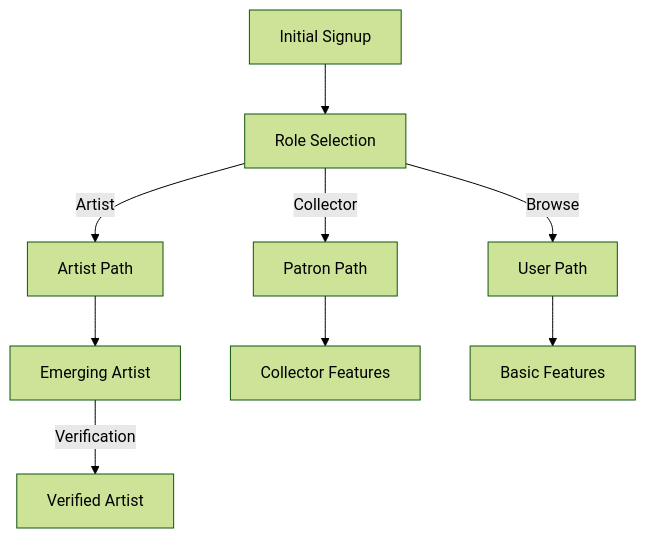
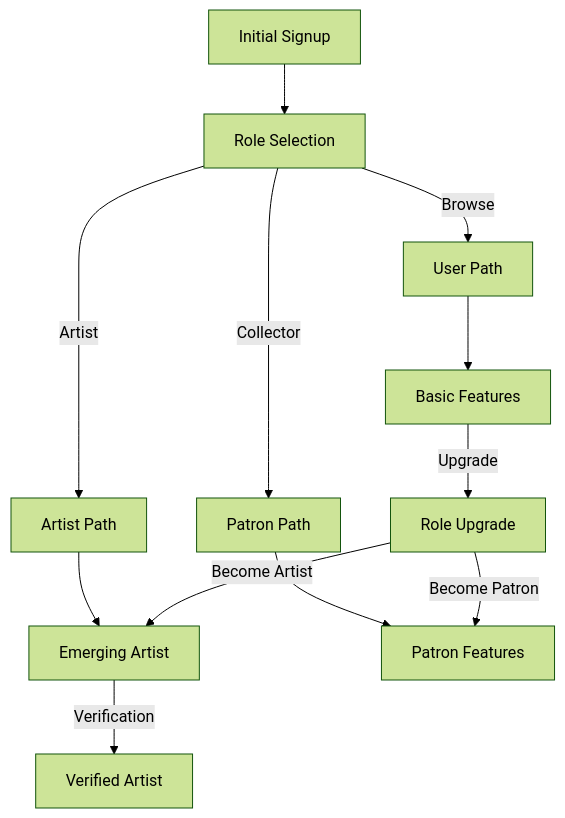
Before and after one commit to TreefortreesofDOOM/MMweb: the diagram in mm-app/docs/implementation/role-system.md, drawn with Mermaid (forest theme). The commit also changed other lines of this file and 40 other files, not shown here.

````diff
--- a/mm-app/docs/implementation/role-system.md
+++ b/mm-app/docs/implementation/role-system.md
@@ -75,11 +225,14 @@
 ```mermaid
 graph TD
     A[Initial Signup] --> B[Role Selection]
     B -->|Artist| C[Artist Path]
     B -->|Collector| D[Patron Path]
     B -->|Browse| E[User Path]
     C --> F[Emerging Artist]
     F -->|Verification| G[Verified Artist]
-    D --> H[Collector Features]
+    D --> H[Patron Features]
     E --> I[Basic Features]
+    I -->|Upgrade| J[Role Upgrade]
+    J -->|Become Artist| F
+    J -->|Become Patron| H
 ```
````
